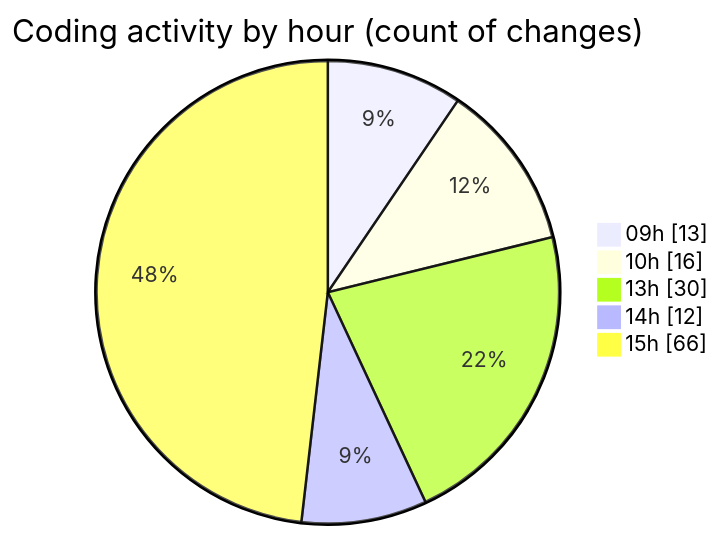
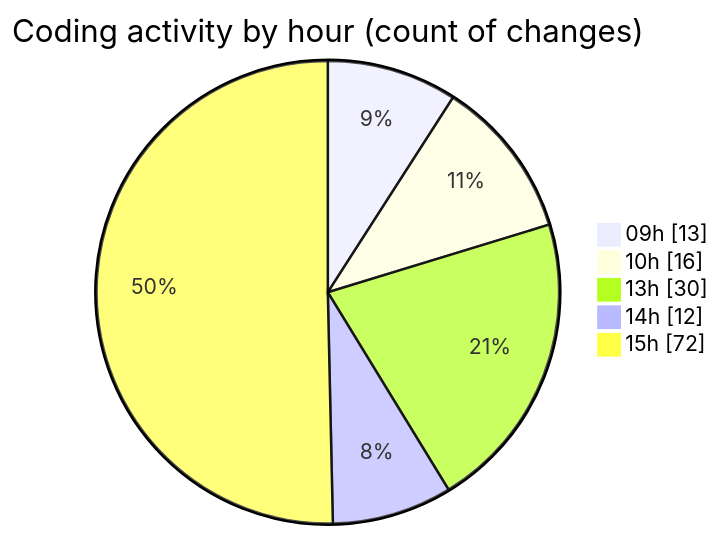
One commit to momahboobian/code-tracking changed the second of 2 diagrams in 2025-03-31/cda/README.md. Above: the diagram before and after it, drawn with Mermaid. The commit also changed other lines of this file and 1 other file, not shown here.

````diff
--- a/2025-03-31/cda/README.md
+++ b/2025-03-31/cda/README.md
@@ -40,9 +40,9 @@
 ```mermaid
 pie showData
 title Coding activity by hour (count of changes)
 "09h" : 13
 "10h" : 16
 "13h" : 30
 "14h" : 12
-"15h" : 66
+"15h" : 72
 ```
````
